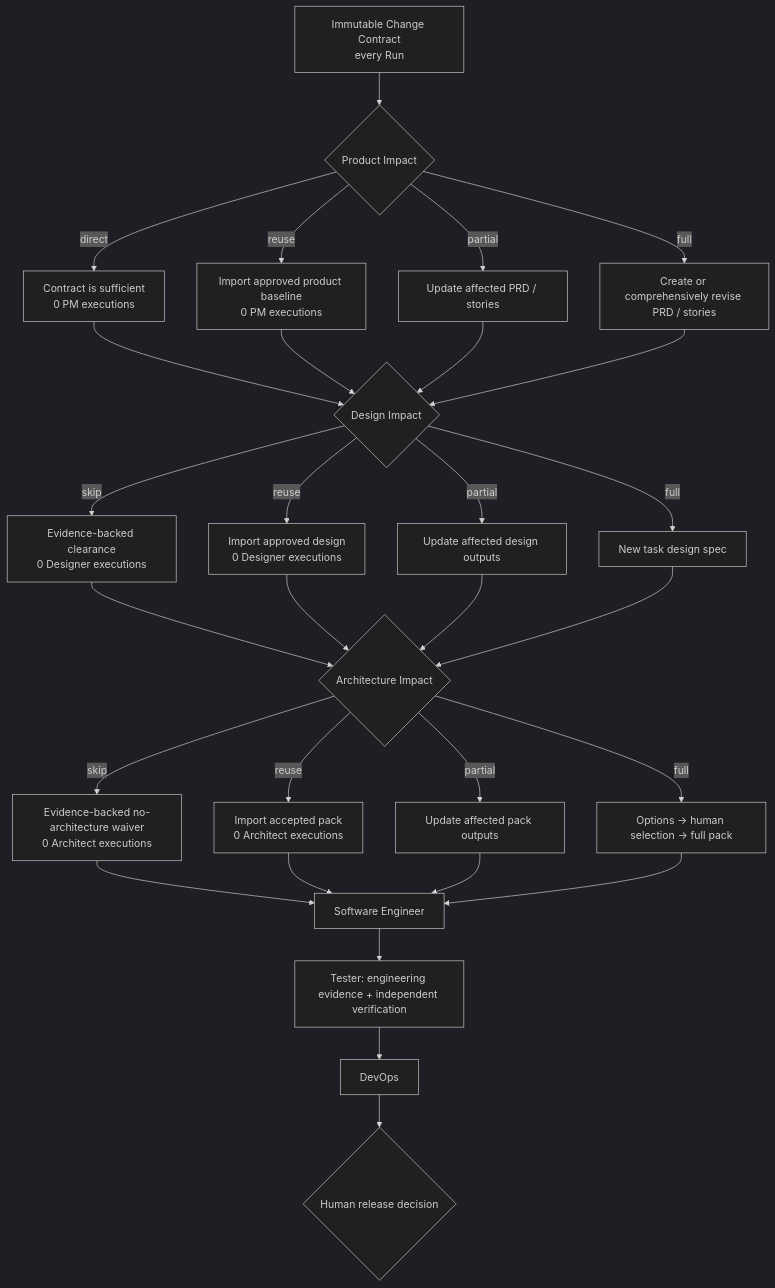
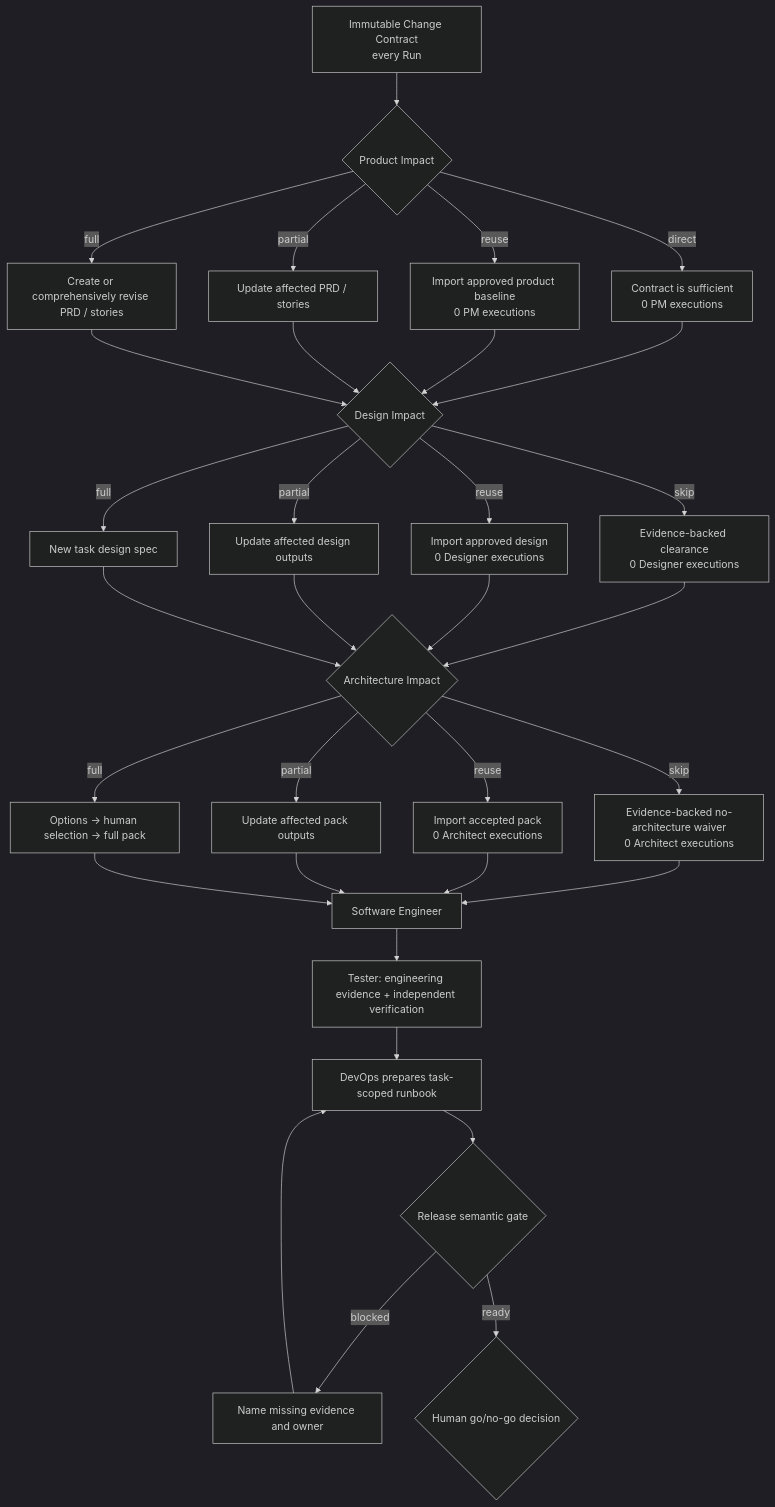
Before and after one commit to davych/agents-instruction: the first of 3 diagrams in guidelines/workflow/README.md, drawn with Mermaid (dark theme). The commit also changed other lines of this file and 83 other files, not shown here.

````diff
--- a/guidelines/workflow/README.md
+++ b/guidelines/workflow/README.md
@@ -7,34 +7,37 @@
 ```mermaid
 flowchart TD
   Contract["Immutable Change Contract<br/>every Run"] --> Product{"Product Impact"}
   Product -->|"direct"| ProductClear["Contract is sufficient<br/>0 PM executions"]
   Product -->|"reuse"| ProductReuse["Import approved product baseline<br/>0 PM executions"]
   Product -->|"partial"| ProductPartial["Update affected PRD / stories"]
   Product -->|"full"| ProductFull["Create or comprehensively revise PRD / stories"]
 
   ProductClear --> Design{"Design Impact"}
   ProductReuse --> Design
   ProductPartial --> Design
   ProductFull --> Design
   Design -->|"skip"| DesignSkip["Evidence-backed clearance<br/>0 Designer executions"]
   Design -->|"reuse"| DesignReuse["Import approved design<br/>0 Designer executions"]
   Design -->|"partial"| DesignPartial["Update affected design outputs"]
   Design -->|"full"| DesignFull["New task design spec"]
 
   DesignSkip --> Architecture{"Architecture Impact"}
   DesignReuse --> Architecture
   DesignPartial --> Architecture
   DesignFull --> Architecture
   Architecture -->|"skip"| ArchSkip["Evidence-backed no-architecture waiver<br/>0 Architect executions"]
   Architecture -->|"reuse"| ArchReuse["Import accepted pack<br/>0 Architect executions"]
   Architecture -->|"partial"| ArchPartial["Update affected pack outputs"]
   Architecture -->|"full"| ArchFull["Options → human selection → full pack"]
 
   ArchSkip --> Engineer["Software Engineer"]
   ArchReuse --> Engineer["Software Engineer"]
   ArchPartial --> Engineer
   ArchFull --> Engineer
   Engineer --> Tester["Tester: engineering evidence + independent verification"]
-  Tester --> DevOps["DevOps"]
-  DevOps --> ReleaseDecision{"Human release decision"}
+  Tester --> DevOps["DevOps prepares task-scoped runbook"]
+  DevOps --> ReleaseGate{"Release semantic gate"}
+  ReleaseGate -->|"blocked"| ReleaseRework["Name missing evidence and owner"]
+  ReleaseRework --> DevOps
+  ReleaseGate -->|"ready"| ReleaseDecision{"Human go/no-go decision"}
 ```
````
